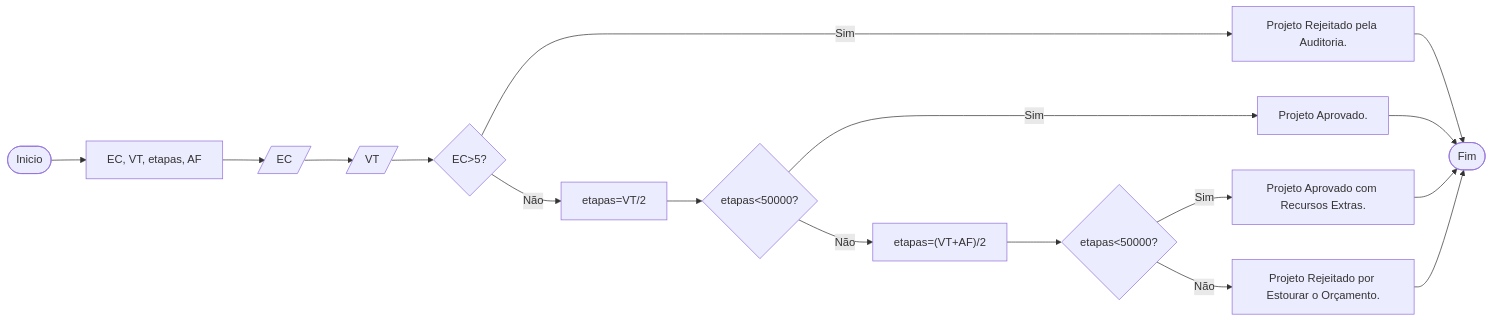
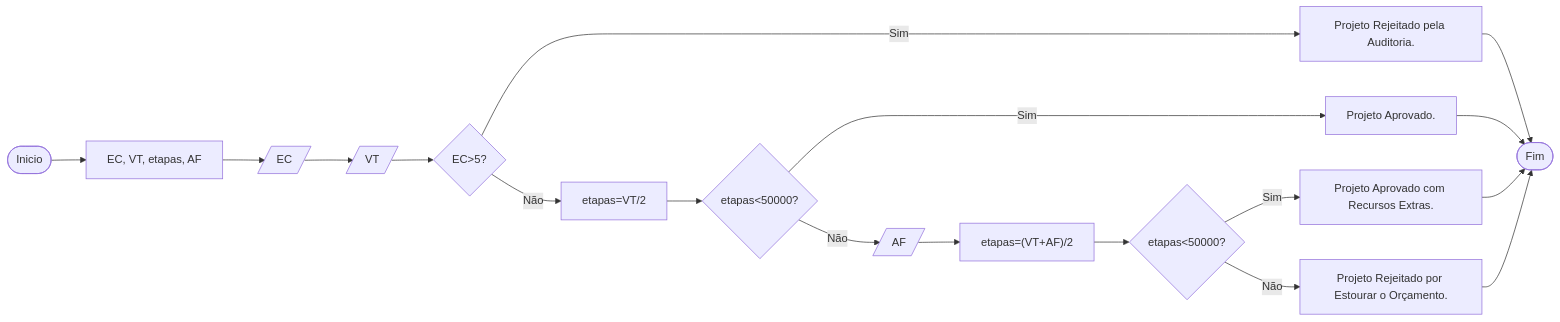
One commit to mari-roc/algorithms-logic changed the diagram in algo05/q2flow.md. Above: the diagram before and after it, drawn with Mermaid.

Commit message:
fixing q2 flowchart

````diff
--- a/algo05/q2flow.md
+++ b/algo05/q2flow.md
@@ -7,20 +7,21 @@
 ```mermaid
 graph LR
     A([Inicio]) --> B[EC, VT, etapas, AF]
     B --> C[/EC/]
     C --> D[/VT/]
     D --> F{"EC>5?"}
     F -- Sim --> G["Projeto Rejeitado pela Auditoria."]
     F -- Não --> H["etapas=VT/2"]
     H --> I{"etapas<50000?"}
-    I -- Não --> J["etapas=(VT+AF)/2"]
+    I -- Não --> J[/AF/]
+    J --> O["etapas=(VT+AF)/2"]
     I -- Sim --> K["Projeto Aprovado."]
-    J --> L{"etapas<50000?"}
+    O --> L{"etapas<50000?"}
     L -- Sim --> M["Projeto Aprovado com Recursos Extras."]
     L -- Não --> N["Projeto Rejeitado por Estourar o Orçamento."]
     G --> P([Fim])
     K --> P
     M --> P
     N --> P
     
 ```
````
